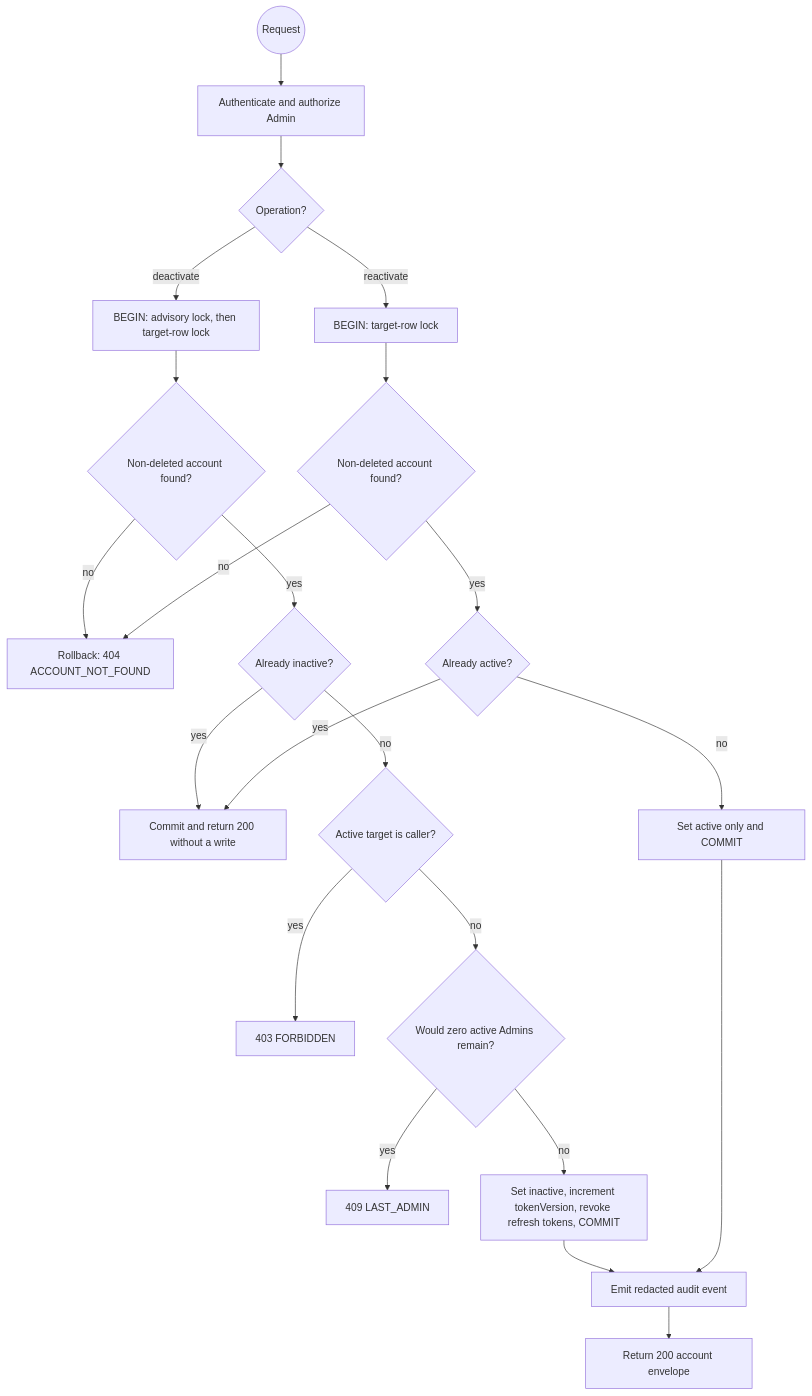
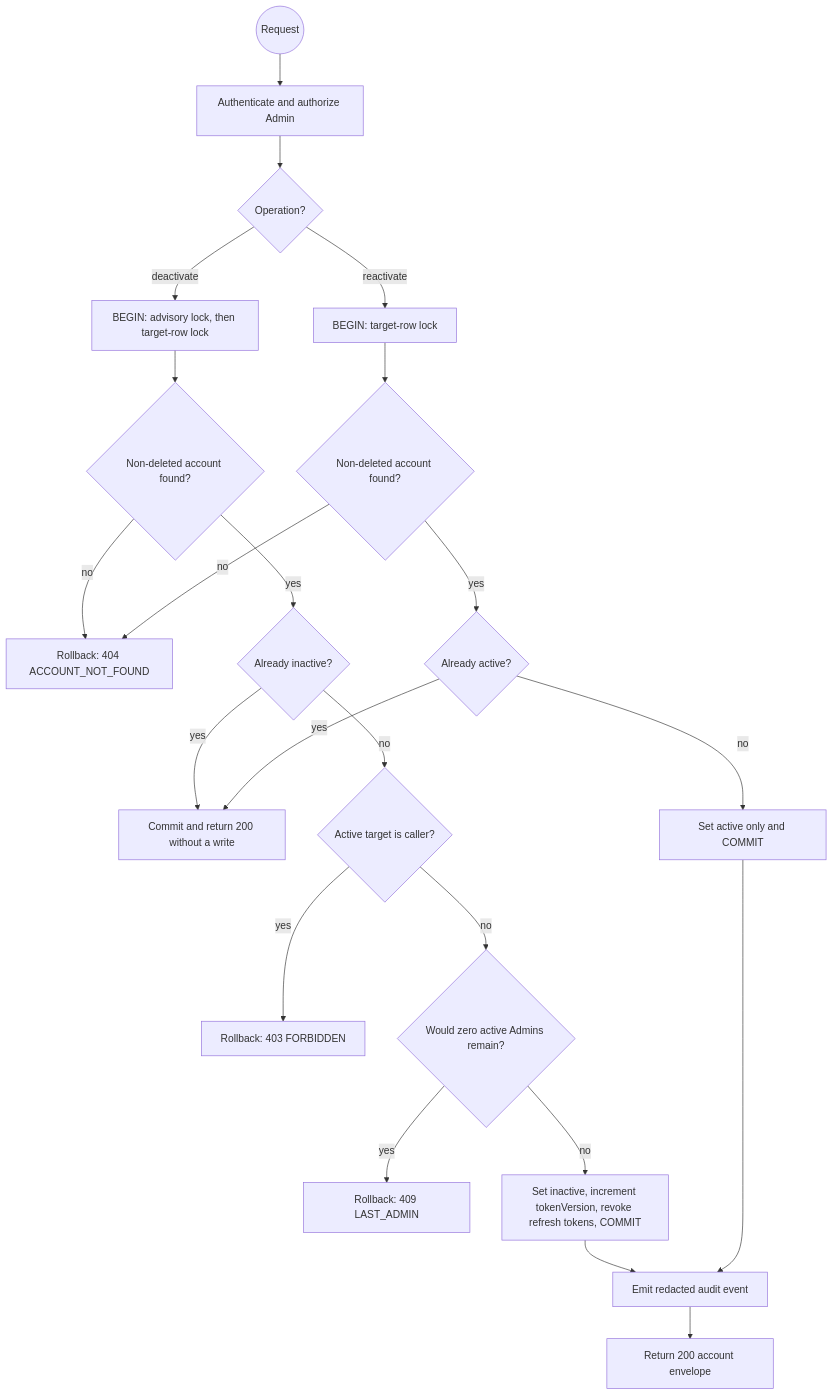
The sixth of 6 diagrams in specs/auth/design.md (TrekLink-Team/treklink-web), drawn with Mermaid before and after one commit. The commit also changed other lines of this file and 3 other files, not shown here.

````diff
--- a/specs/auth/design.md
+++ b/specs/auth/design.md
@@ -462,24 +464,24 @@
 ```mermaid
 flowchart TB
     S((Request)) --> A[Authenticate and authorize Admin]
     A --> OP{Operation?}
     OP -->|deactivate| DL[BEGIN: advisory lock, then target-row lock]
     DL --> DF{Non-deleted account found?}
     DF -->|no| N[Rollback: 404 ACCOUNT_NOT_FOUND]
     DF -->|yes| DI{Already inactive?}
     DI -->|yes| I[Commit and return 200 without a write]
     DI -->|no| D{Active target is caller?}
-    D -->|yes| X[403 FORBIDDEN]
+    D -->|yes| X[Rollback: 403 FORBIDDEN]
     D -->|no| L{Would zero active Admins remain?}
-    L -->|yes| Z[409 LAST_ADMIN]
+    L -->|yes| Z[Rollback: 409 LAST_ADMIN]
     L -->|no| E[Set inactive, increment tokenVersion, revoke refresh tokens, COMMIT]
     OP -->|reactivate| RL[BEGIN: target-row lock]
     RL --> RF{Non-deleted account found?}
     RF -->|no| N
     RF -->|yes| RI{Already active?}
     RI -->|yes| I
     RI -->|no| R[Set active only and COMMIT]
     E --> AU[Emit redacted audit event]
     R --> AU
     AU --> OUT[Return 200 account envelope]
 ```
````
